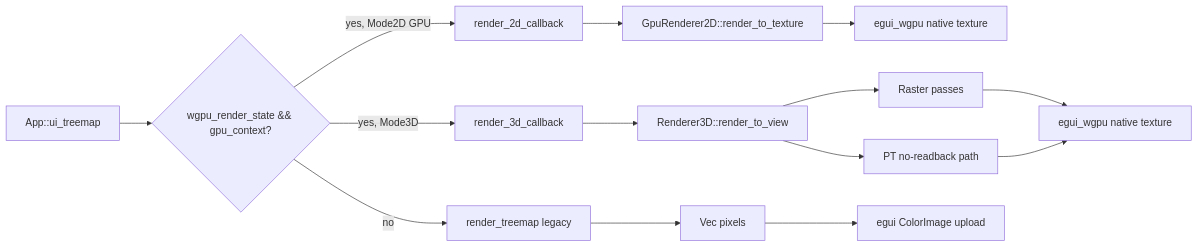
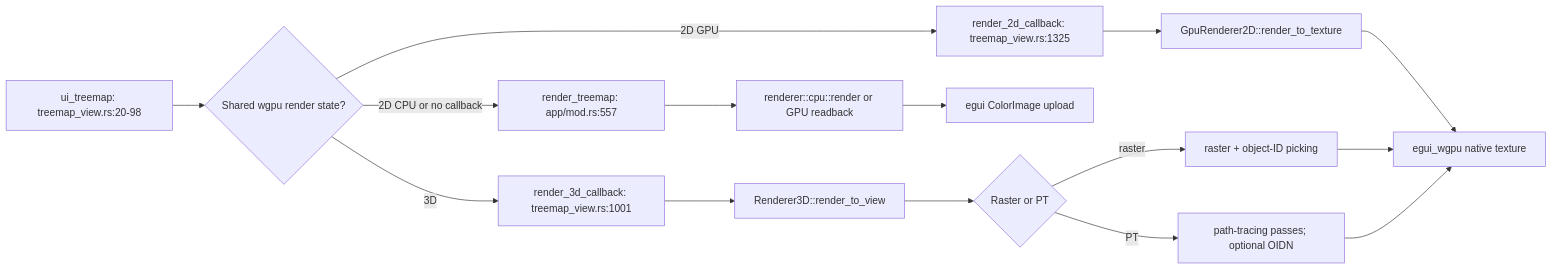
Before and after one commit to ssoj13/squarebob-rs: the third of 6 diagrams in DIAGRAMS.md, drawn with Mermaid. The commit also changed other lines of this file and 36 other files, not shown here.

````diff
--- a/DIAGRAMS.md
+++ b/DIAGRAMS.md
@@ -73,19 +65,17 @@
 ```mermaid
 flowchart LR
-    UI[App::ui_treemap] --> Callback{wgpu_render_state && gpu_context?}
-    Callback -->|yes, Mode2D GPU| R2D[render_2d_callback]
-    Callback -->|yes, Mode3D| R3D[render_3d_callback]
-    Callback -->|no| Legacy[render_treemap legacy]
-
-    R2D --> Gpu2D[GpuRenderer2D::render_to_texture]
-    Gpu2D --> Native2D[egui_wgpu native texture]
-
-    R3D --> RTView[Renderer3D::render_to_view]
-    RTView --> Raster[Raster passes]
-    RTView --> PTNoReadback[PT no-readback path]
-    Raster --> Native3D[egui_wgpu native texture]
-    PTNoReadback --> Native3D
-
-    Legacy --> CPUBuffer[Vec<u8> pixels]
-    CPUBuffer --> EguiUpload[egui ColorImage upload]
+    UI["ui_treemap: treemap_view.rs:20-98"] --> Select{"Shared wgpu render state?"}
+    Select -->|2D CPU or no callback| Legacy["render_treemap: app/mod.rs:557"]
+    Select -->|2D GPU| GPU2D["render_2d_callback: treemap_view.rs:1325"]
+    Select -->|3D| GPU3D["render_3d_callback: treemap_view.rs:1001"]
+    Legacy --> CPU["renderer::cpu::render or GPU readback"]
+    CPU --> Upload["egui ColorImage upload"]
+    GPU2D --> Native2D["GpuRenderer2D::render_to_texture"]
+    Native2D --> EguiNative["egui_wgpu native texture"]
+    GPU3D --> View["Renderer3D::render_to_view"]
+    View --> Raster{"Raster or PT"}
+    Raster -->|raster| Pass["raster + object-ID picking"]
+    Raster -->|PT| Trace["path-tracing passes; optional OIDN"]
+    Pass --> EguiNative
+    Trace --> EguiNative
 ```
````
